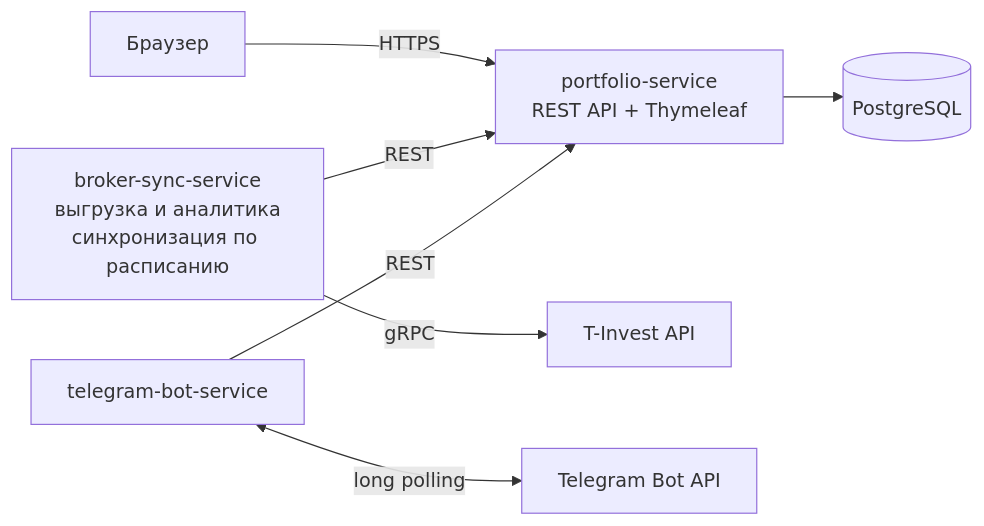
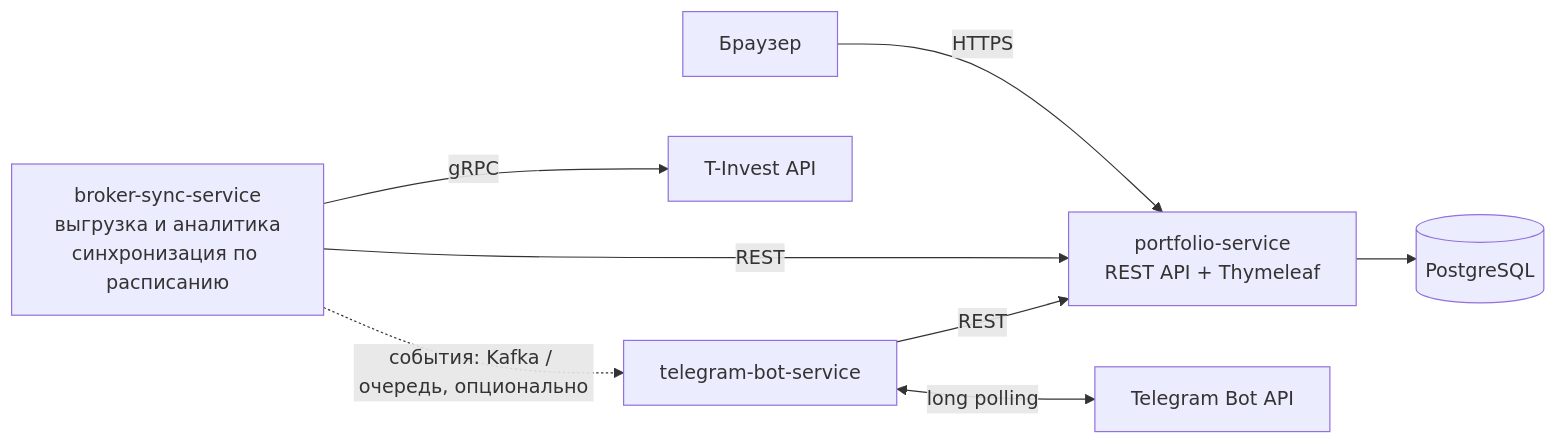
The diagram in README.md (KMMoreplz/portfolio-tracker), drawn with Mermaid before and after one commit. The commit also changed other lines of this file, not shown here.

````diff
--- a/README.md
+++ b/README.md
@@ -32,9 +37,10 @@
 ```mermaid
 flowchart LR
     browser[Браузер] -->|HTTPS| web[portfolio-service<br/>REST API + Thymeleaf]
     web --> db[(PostgreSQL)]
     sync[broker-sync-service<br/>выгрузка и аналитика<br/>синхронизация по расписанию] -->|gRPC| broker[T-Invest API]
     sync -->|REST| web
-    bot[telegram-bot-service] -->|REST| web
+    sync -.->|события: Kafka / очередь, опционально| bot[telegram-bot-service]
+    bot -->|REST| web
     bot <-->|long polling| tg[Telegram Bot API]
 ```
````
